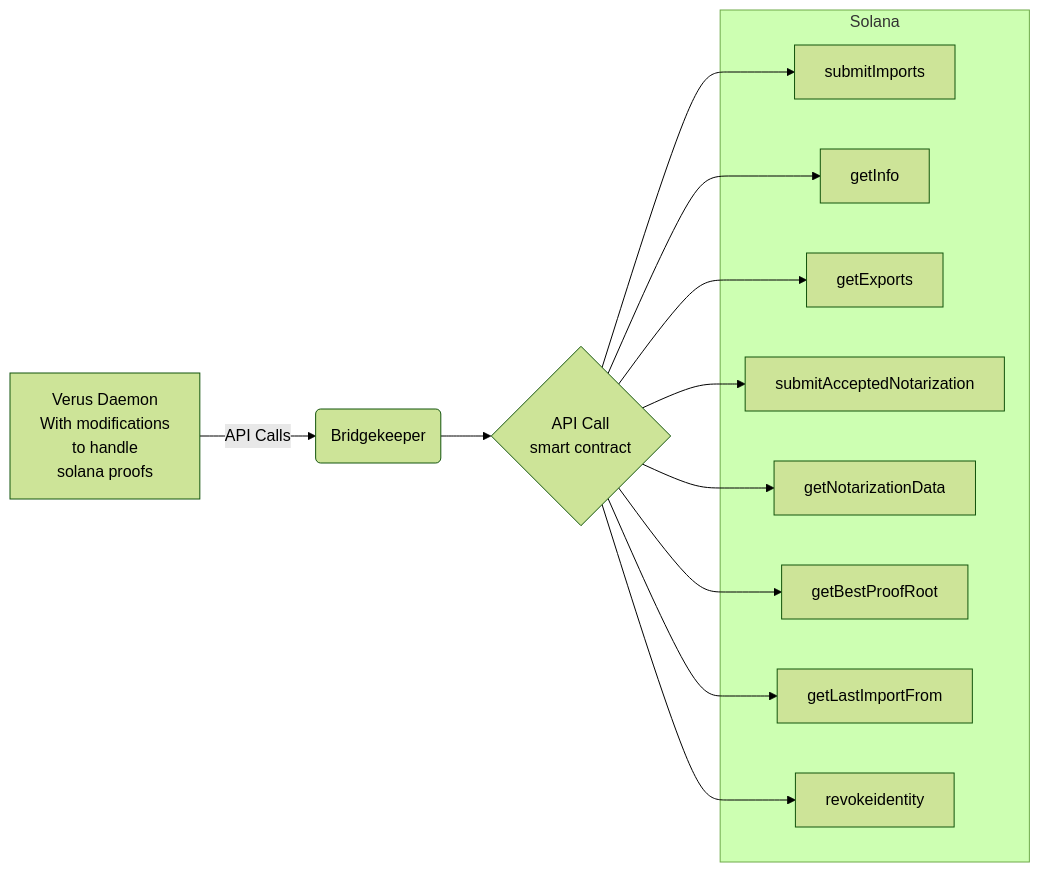
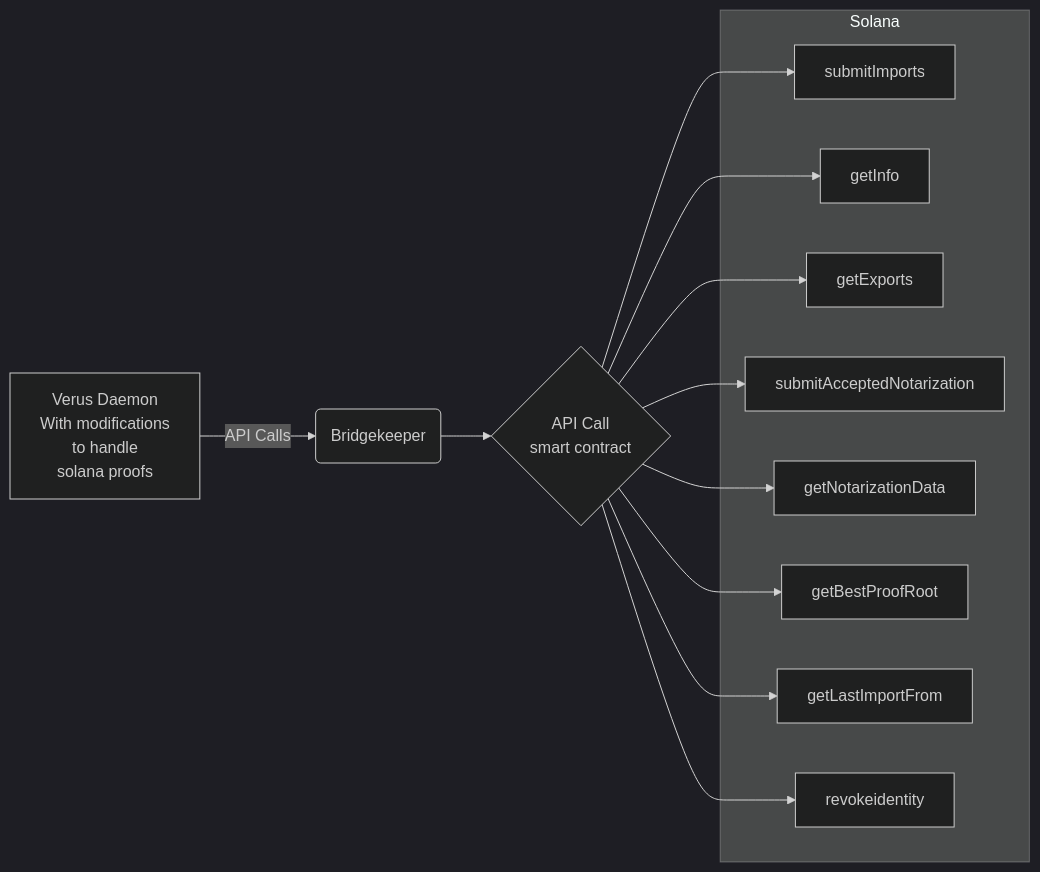
One commit to TheFreeBishop/Verus-Solana-Bridge changed the diagram in README.md. Above: the diagram before and after it, drawn with Mermaid. The commit also changed other lines of this file, not shown here.

````diff
--- a/README.md
+++ b/README.md
@@ -22,24 +22,24 @@
 ```mermaid
-%%{init: { 'theme': 'forest' }}%%
+%%{init: { 'theme': 'dark', 'themeCSS': 'svg {background-color: black}' }}%%
 graph LR
     A[Verus Daemon \n With modifications\n to handle\n solana proofs] -->|API Calls| B(Bridgekeeper)
     B --> C{API Call \n smart contract}
     C --> submitImports
     C --> getInfo
     C --> getExports
     C --> submitAcceptedNotarization
     C --> getNotarizationData
     C --> getBestProofRoot
     C --> getLastImportFrom
     C --> revokeidentity
     subgraph Solana
     submitImports
     getInfo
     getExports
     submitAcceptedNotarization
     getNotarizationData
     getBestProofRoot
     getLastImportFrom
     revokeidentity
     end
 ```
````
